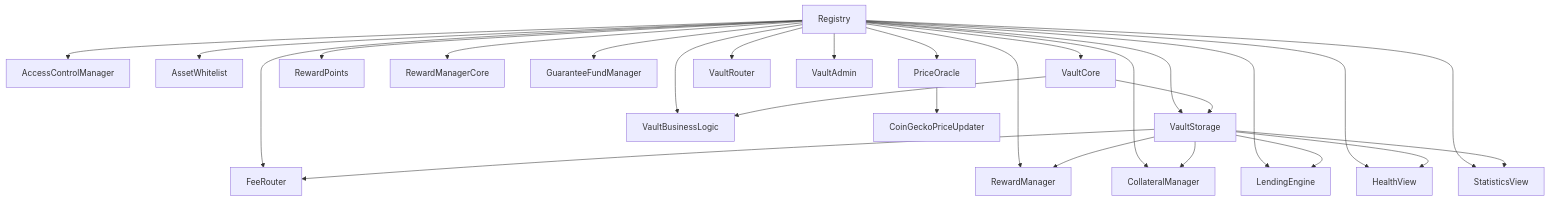
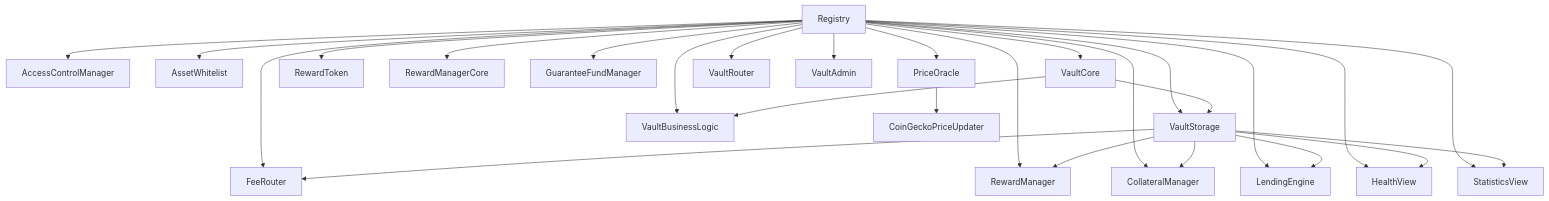
One commit to Anyawb/contracts changed the diagram in docs/FRONTEND_CONTRACTS_INTEGRATION.md. Above: the diagram before and after it, drawn with Mermaid. The commit also changed other lines of this file and 303 other files, not shown here.

````diff
--- a/docs/FRONTEND_CONTRACTS_INTEGRATION.md
+++ b/docs/FRONTEND_CONTRACTS_INTEGRATION.md
@@ -260,29 +263,29 @@
 ```mermaid
 graph TD
   Registry --> AccessControlManager
   Registry --> AssetWhitelist
   Registry --> PriceOracle
   Registry --> FeeRouter
-  Registry --> RewardPoints
+  Registry --> RewardToken
   Registry --> RewardManagerCore
   Registry --> RewardManager
   Registry --> CollateralManager
   Registry --> LendingEngine
   Registry --> HealthView
   Registry --> StatisticsView
   Registry --> GuaranteeFundManager
   Registry --> VaultStorage
   Registry --> VaultCore
   Registry --> VaultBusinessLogic
   Registry --> VaultRouter
   Registry --> VaultAdmin
   PriceOracle --> CoinGeckoPriceUpdater
   VaultStorage --> CollateralManager
   VaultStorage --> LendingEngine
   VaultStorage --> HealthView
   VaultStorage --> StatisticsView
   VaultStorage --> FeeRouter
   VaultStorage --> RewardManager
   VaultCore --> VaultStorage
   VaultCore --> VaultBusinessLogic
 ```
````
